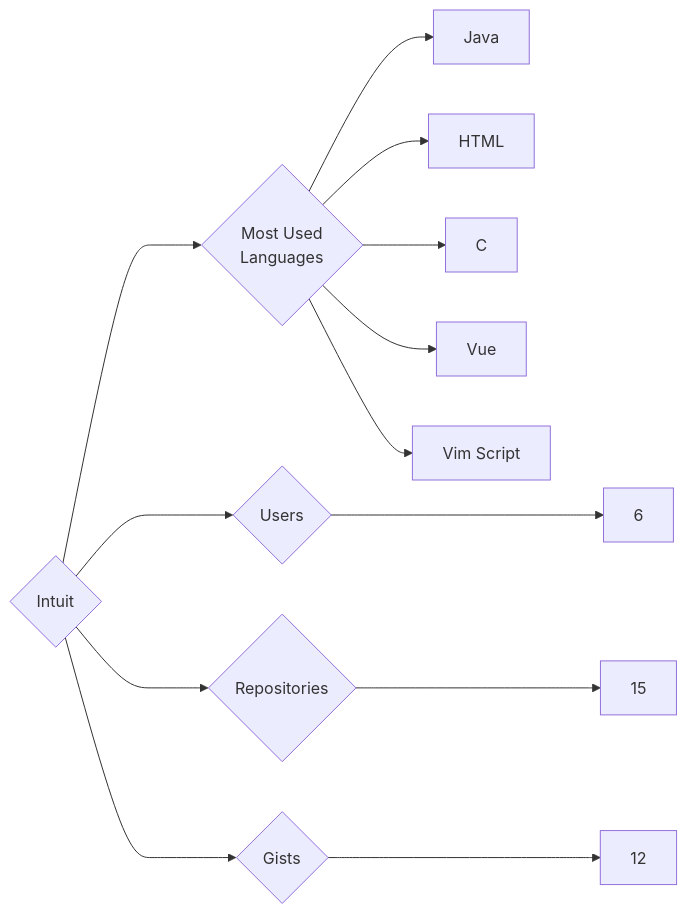
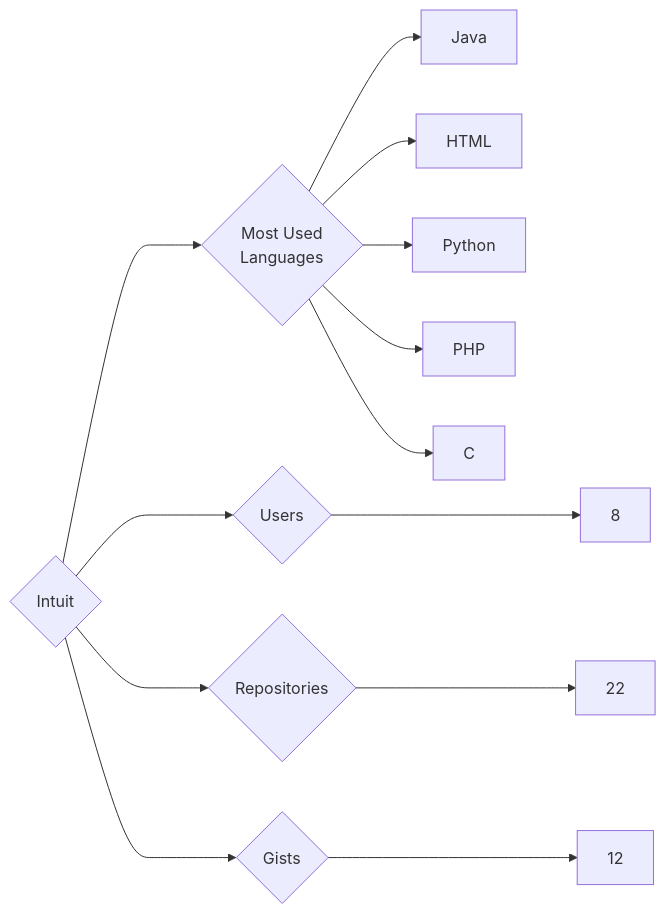
The diagram in targets/Intuit/README.md (trickest/insiders), drawn with Mermaid before and after one commit. The commit also changed 912 other files, not shown here.

````diff
--- a/targets/Intuit/README.md
+++ b/targets/Intuit/README.md
@@ -3,13 +3,13 @@
 ```mermaid
 graph LR
 COMPANY_NAME{Intuit}
-COMPANY_NAME ---> U{Users} ---> UN[6]
-COMPANY_NAME ---> R{Repositories} ---> RN[15]
+COMPANY_NAME ---> U{Users} ---> UN[8]
+COMPANY_NAME ---> R{Repositories} ---> RN[22]
 COMPANY_NAME ---> G{Gists} ---> GN[12]
 COMPANY_NAME ---> ML{Most Used<br>Languages}
 ML --> Java[Java]
 ML --> HTML[HTML]
+ML --> Python[Python]
+ML --> PHP[PHP]
 ML --> C[C]
-ML --> Vue[Vue]
-ML --> Vim_Script[Vim Script]
 ```
````
